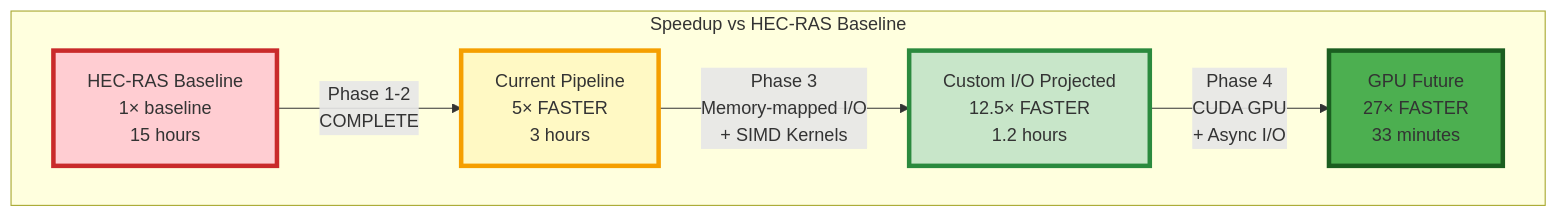
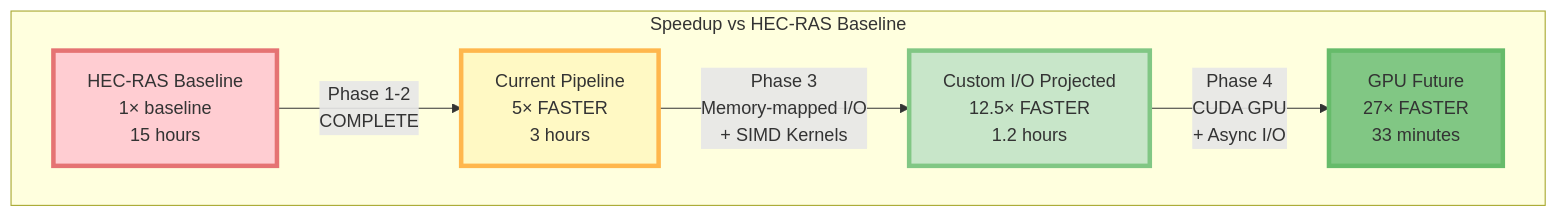
Diagram 12 of 18 in docs/overview_diagrams.md (Anmol-STRS/TerrainBuilderI-0), drawn with Mermaid before and after one commit. The commit also changed other lines of this file and 20 other files, not shown here.

````diff
--- a/docs/overview_diagrams.md
+++ b/docs/overview_diagrams.md
@@ -737,18 +702,18 @@
 ```mermaid
 graph TD
     subgraph "Speedup vs HEC-RAS Baseline"
         A[HEC-RAS Baseline<br/>1× baseline<br/>15 hours]
         B[Current Pipeline<br/>5× FASTER<br/>3 hours]
         C[Custom I/O Projected<br/>12.5× FASTER<br/>1.2 hours]
         D[GPU Future<br/>27× FASTER<br/>33 minutes]
     end
 
     A -->|Phase 1-2<br/>COMPLETE| B
     B -->|Phase 3<br/>Memory-mapped I/O<br/>+ SIMD Kernels| C
     C -->|Phase 4<br/>CUDA GPU<br/>+ Async I/O| D
 
-    style A fill:#ffcdd2,stroke:#c92a2a,stroke-width:4px
-    style B fill:#fff9c4,stroke:#f59f00,stroke-width:4px
-    style C fill:#c8e6c9,stroke:#2b8a3e,stroke-width:4px
-    style D fill:#4caf50,stroke:#1b5e20,stroke-width:4px
+    style A fill:#FFCDD2,stroke:#E57373,stroke-width:4px
+    style B fill:#FFF9C4,stroke:#FFB74D,stroke-width:4px
+    style C fill:#C8E6C9,stroke:#81C784,stroke-width:4px
+    style D fill:#81C784,stroke:#66BB6A,stroke-width:4px
 ```
````
